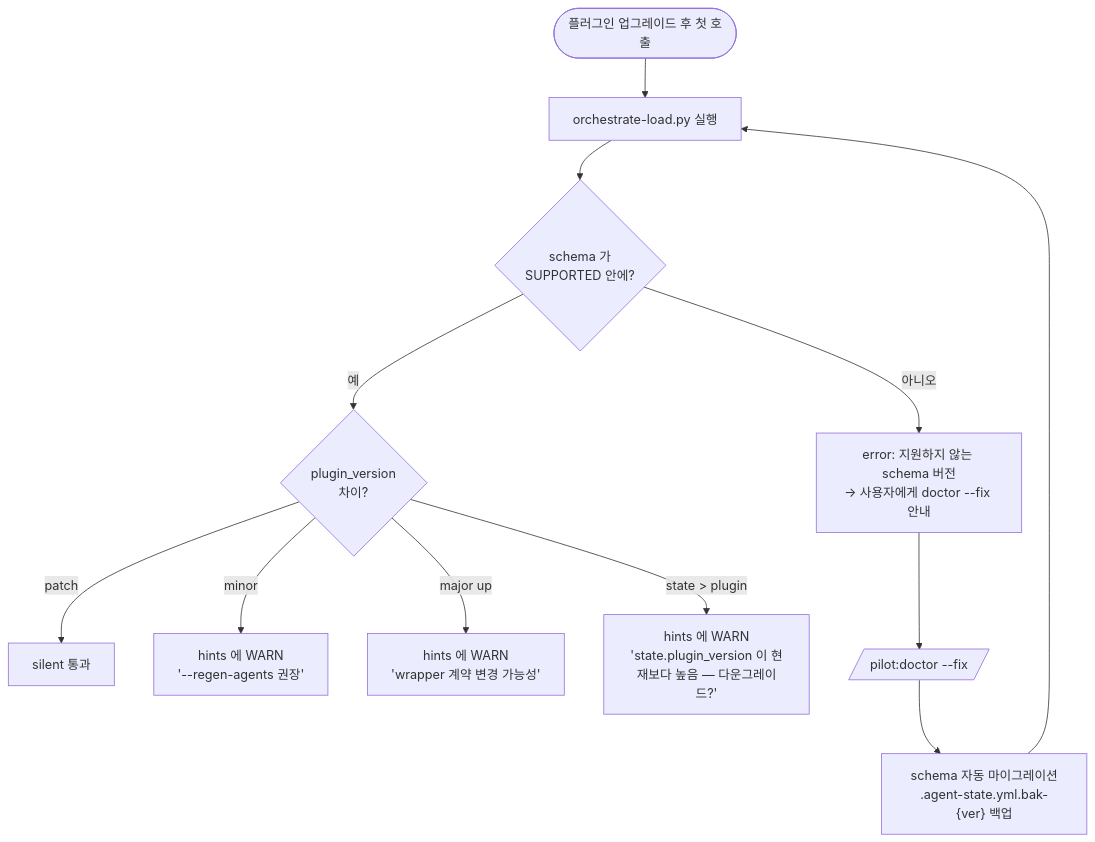
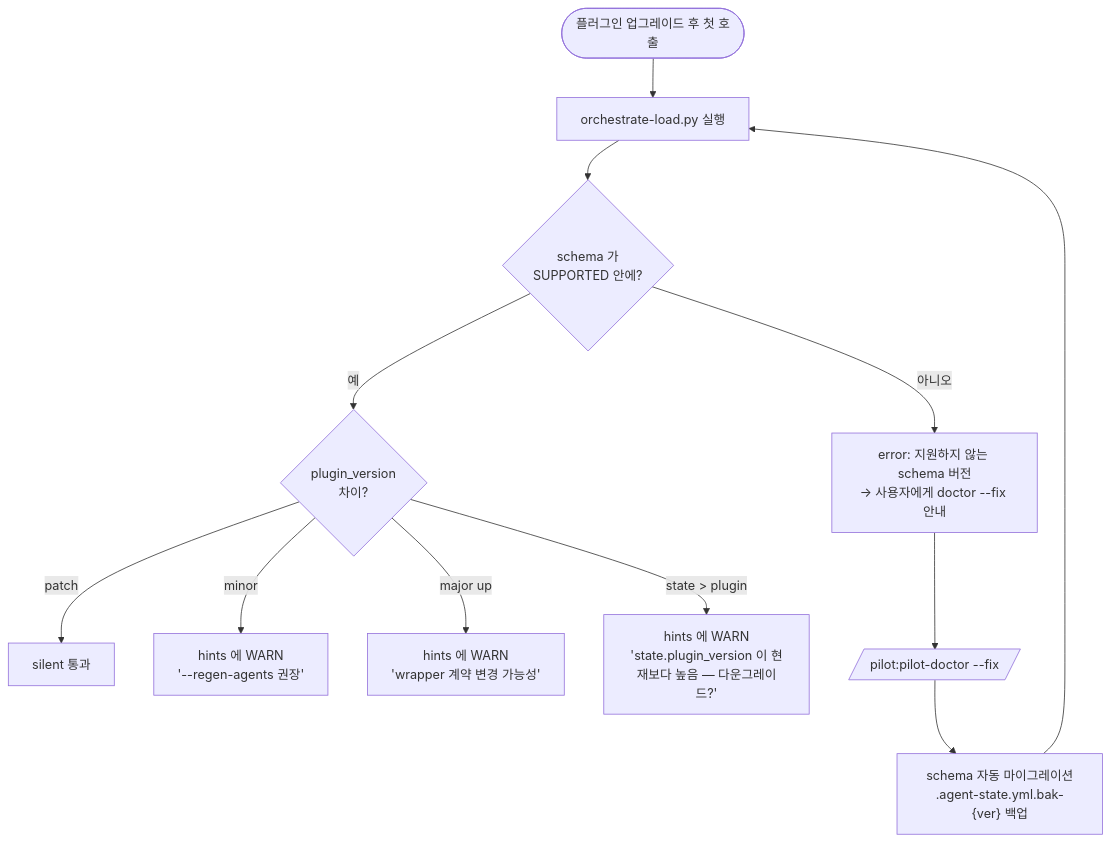
One commit to radiostart/claude-plugins changed the diagram in pilot/docs/explanation/release-and-upgrade.md. Above: the diagram before and after it, drawn with Mermaid. The commit also changed other lines of this file and 52 other files, not shown here.

````diff
--- a/pilot/docs/explanation/release-and-upgrade.md
+++ b/pilot/docs/explanation/release-and-upgrade.md
@@ -31,18 +31,18 @@
 ```mermaid
 flowchart TD
     Start([플러그인 업그레이드 후 첫 호출])
     Start --> Load[orchestrate-load.py 실행]
     Load --> SchemaCheck{schema 가<br/>SUPPORTED 안에?}
 
     SchemaCheck -->|예| VerCheck{plugin_version<br/>차이?}
     SchemaCheck -->|아니오| Reject["error: 지원하지 않는 schema 버전<br/>→ 사용자에게 doctor --fix 안내"]
 
     VerCheck -->|patch| Silent[silent 통과]
     VerCheck -->|minor| Warn["hints 에 WARN<br/>'--regen-agents 권장'"]
     VerCheck -->|major up| WarnMajor["hints 에 WARN<br/>'wrapper 계약 변경 가능성'"]
     VerCheck -->|state > plugin| WarnHigher["hints 에 WARN<br/>'state.plugin_version 이 현재보다 높음 — 다운그레이드?'"]
 
-    Reject --> DoctorFix[/pilot:doctor --fix/]
+    Reject --> DoctorFix[/pilot:pilot-doctor --fix/]
     DoctorFix --> Migrate["schema 자동 마이그레이션<br/>.agent-state.yml.bak-{ver} 백업"]
     Migrate --> Load
 ```
````
